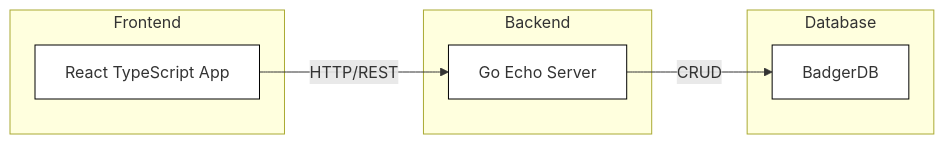
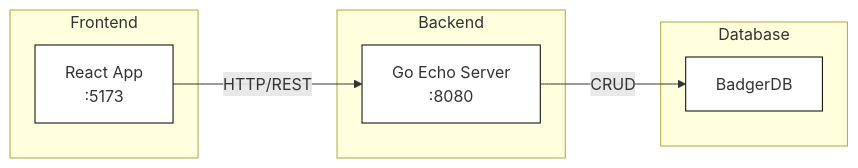
The diagram in README.md (donvito/cursor-react-go-starter), drawn with Mermaid before and after one commit.

Commit message:
Add port numbers to architecture diagram

````diff
--- a/README.md
+++ b/README.md
@@ -9,20 +9,20 @@
 ```mermaid
 flowchart LR
     subgraph Frontend[Frontend]
-        React[React TypeScript App]
+        React[React App<br/>:5173]
     end
 
     subgraph Backend[Backend]
-        Go[Go Echo Server]
+        Go[Go Echo Server<br/>:8080]
     end
 
     subgraph DB[Database]
         BadgerDB[BadgerDB]
     end
 
     React -->|HTTP/REST| Go
     Go -->|CRUD| BadgerDB
 
     classDef default fill:#ffffff,stroke:#000000,stroke-width:1px;
     class React,Go,BadgerDB default;
 ```
````
